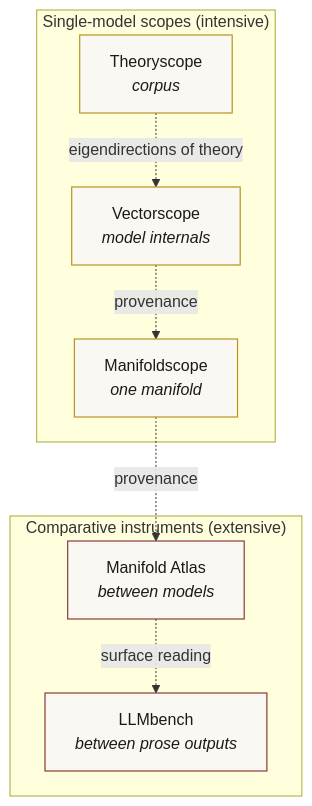
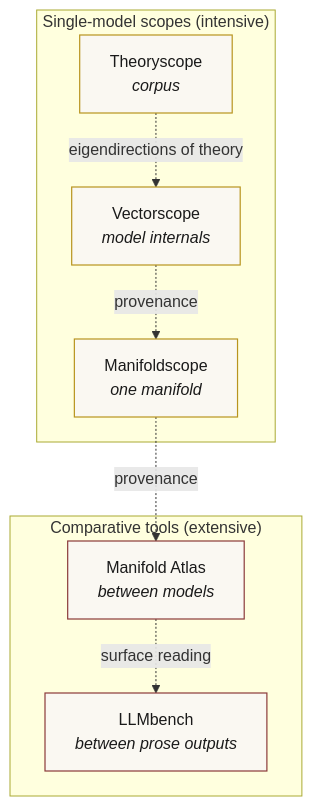
The diagram in index.md (vector-lab-tools/vector-lab-tools.github.io), drawn with Mermaid before and after one commit. The commit also changed other lines of this file, not shown here.

First line of the commit message:
Gloss LLMs on first mention; rename Comparative tools; italicise book titles

```diff
--- a/index.md
+++ b/index.md
@@ -28,23 +28,23 @@
 <div class="mermaid">
 graph TB
   subgraph scopes["Single-model scopes (intensive)"]
     T[Theoryscope<br/><i>corpus</i>]
     V[Vectorscope<br/><i>model internals</i>]
     M[Manifoldscope<br/><i>one manifold</i>]
   end
 
-  subgraph comparative["Comparative instruments (extensive)"]
+  subgraph comparative["Comparative tools (extensive)"]
     A[Manifold Atlas<br/><i>between models</i>]
     L[LLMbench<br/><i>between prose outputs</i>]
   end
 
   V -.provenance.-> M
   M -.provenance.-> A
   A -.surface reading.-> L
   T -.eigendirections of theory.-> V
 
   classDef scope fill:#faf8f2,stroke:#b8941e,color:#1a1a1a,stroke-width:1.2px;
   classDef comp fill:#faf8f2,stroke:#8b3a3a,color:#1a1a1a,stroke-width:1.2px;
   class T,V,M scope;
   class A,L comp;
 </div>
```
